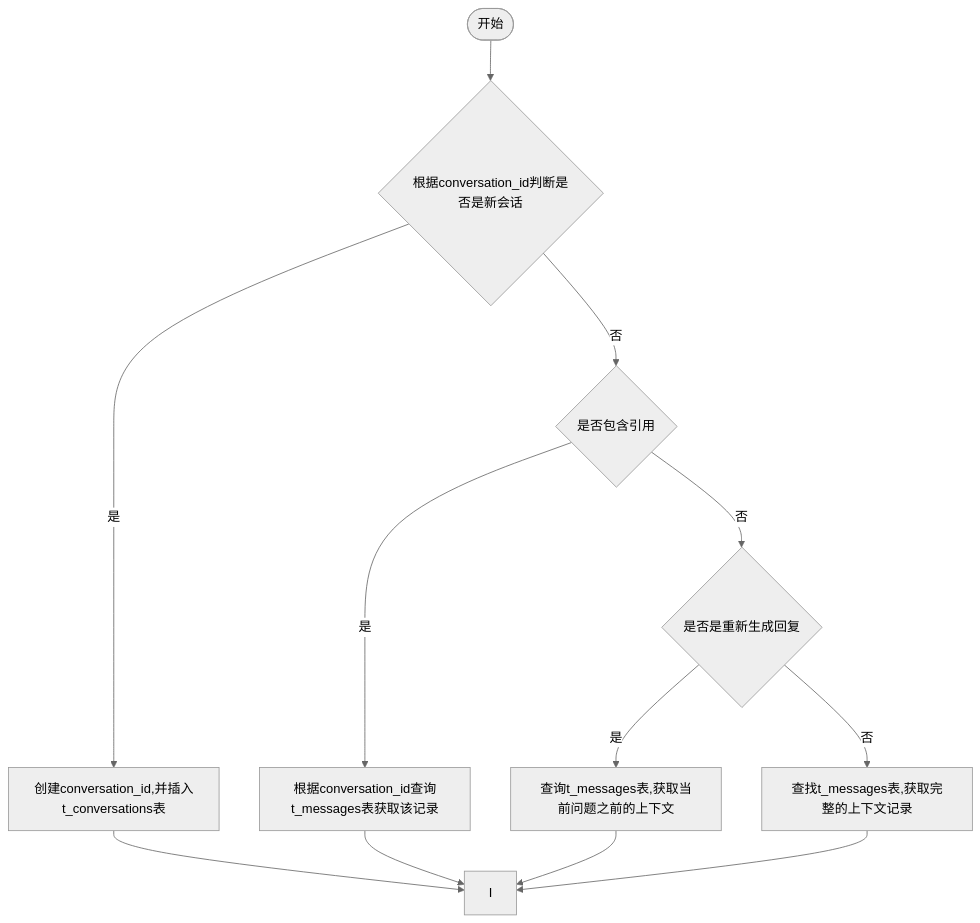
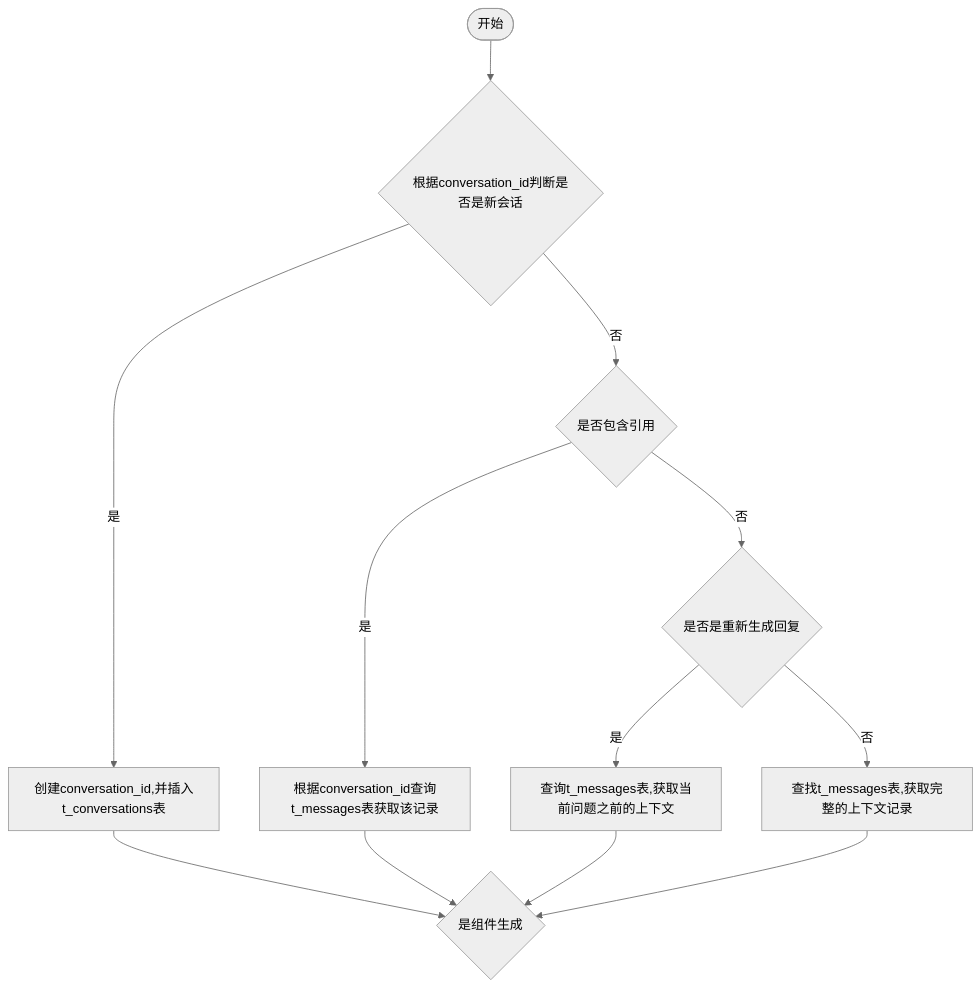
One commit to yingjianzh/iodraw-files changed the diagram in all/未命名-7.md. Above: the diagram before and after it, drawn with Mermaid (neutral theme).

Commit message:
2024-10-12 14:25:34 update

````diff
--- a/all/未命名-7.md
+++ b/all/未命名-7.md
@@ -1,14 +1,14 @@
 ```mermaid
 flowchart TD
     A([开始]) --> B{根据conversation_id判断是否是新会话}
     B -- 是 --> C[创建conversation_id,并插入t_conversations表]
     B -- 否 --> D{是否包含引用}
     D -- 是 --> E[根据conversation_id查询t_messages表获取该记录]
     D -- 否 --> F{是否是重新生成回复}
     F -- 是 --> G[查询t_messages表,获取当前问题之前的上下文]
     F -- 否 --> H[查找t_messages表,获取完整的上下文记录]
      
-    C & E & G & H --> I
+    C & E & G & H --> I{是组件生成}
 
 
 ```
````
